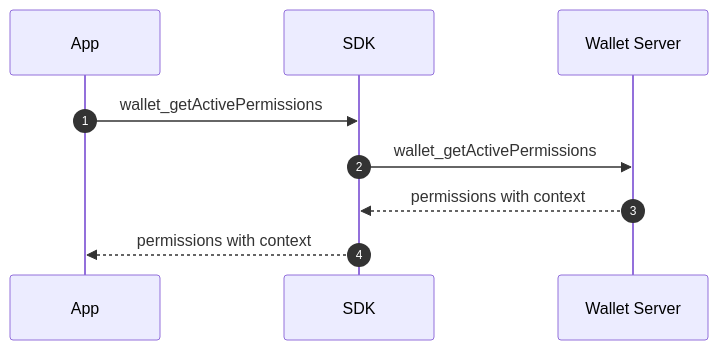
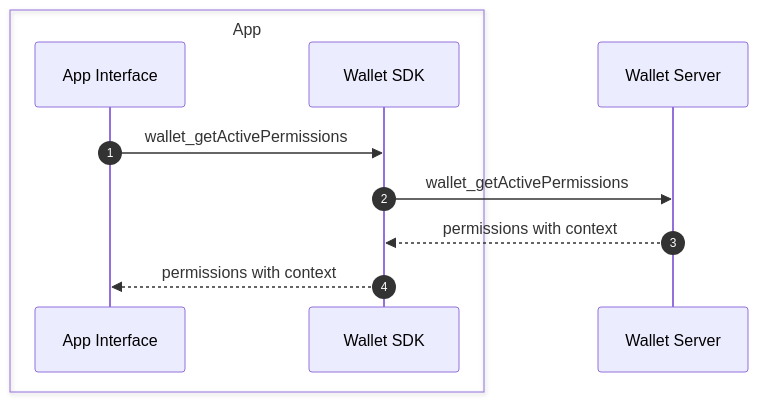
The diagram in docs/diagrams/offchain/getActivePermissions.md (coinbase/smart-wallet-permissions), drawn with Mermaid before and after one commit. The commit also changed 11 other files, not shown here.

````diff
--- a/docs/diagrams/offchain/getActivePermissions.md
+++ b/docs/diagrams/offchain/getActivePermissions.md
@@ -3,12 +3,14 @@
 ```mermaid
 sequenceDiagram
     autonumber
-    participant A as App
-    participant SDK as SDK
+    box transparent App
+        participant A as App Interface
+        participant SDK as Wallet SDK
+    end
     participant WS as Wallet Server
 
     A->>SDK: wallet_getActivePermissions
     SDK->>WS: wallet_getActivePermissions
     WS-->>SDK: permissions with context
     SDK-->>A: permissions with context
 ```
````
